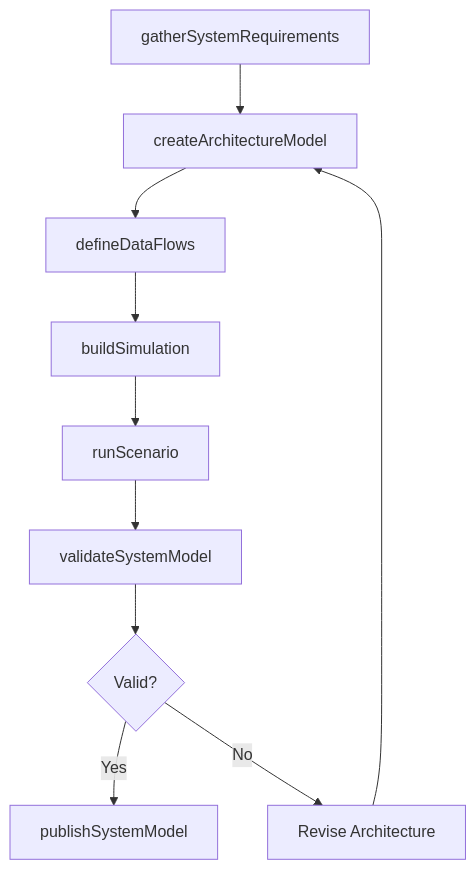
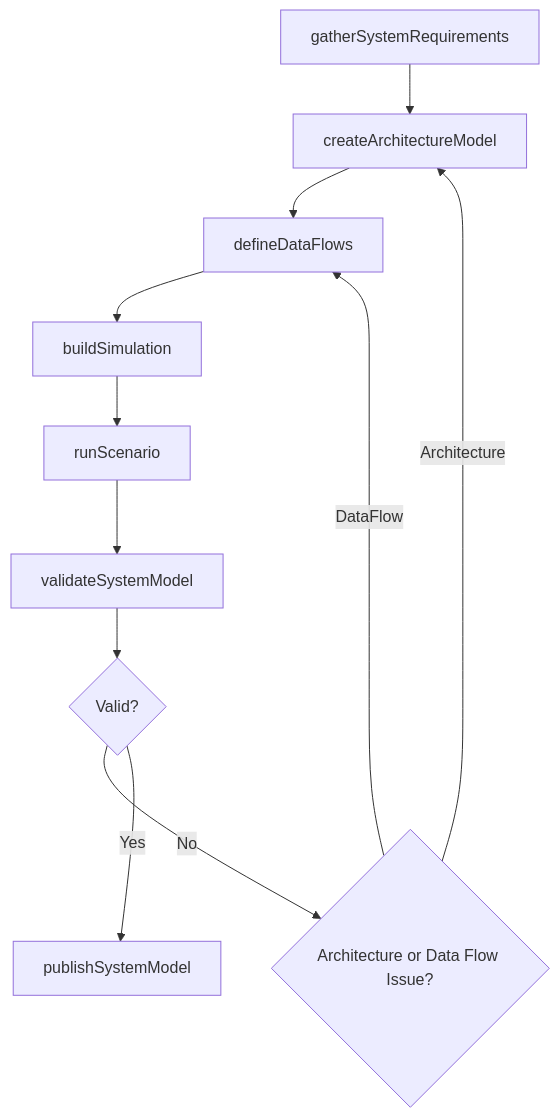
One commit to dot-org-ai/tasks.org.ai changed the third of 4 diagrams in ThinkingCreatively/DevelopModelsOfSystemsProcessesOrProducts/DevelopModelsInformationCommunicationsSystems.mdx. Above: the diagram before and after it, drawn with Mermaid. The commit also changed other lines of this file and 504 other files, not shown here.

First line of the commit message:
feat: Add ER diagrams, state diagrams, and workflow improvements to 96 DWA task files

````diff
--- a/ThinkingCreatively/DevelopModelsOfSystemsProcessesOrProducts/DevelopModelsInformationCommunicationsSystems.mdx
+++ b/ThinkingCreatively/DevelopModelsOfSystemsProcessesOrProducts/DevelopModelsInformationCommunicationsSystems.mdx
@@ -86,12 +114,13 @@
 ```mermaid
 graph TD
     A[gatherSystemRequirements] --> B[createArchitectureModel]
     B --> C[defineDataFlows]
     C --> D[buildSimulation]
     D --> E[runScenario]
     E --> F[validateSystemModel]
     F --> G{Valid?}
-    G -->|Yes| H[publishSystemModel]
-    G -->|No| I[Revise Architecture]
-    I --> B
+    G -->|No| H{Architecture or Data Flow Issue?}
+    H -->|Architecture| B
+    H -->|DataFlow| C
+    G -->|Yes| I[publishSystemModel]
 ```
````
